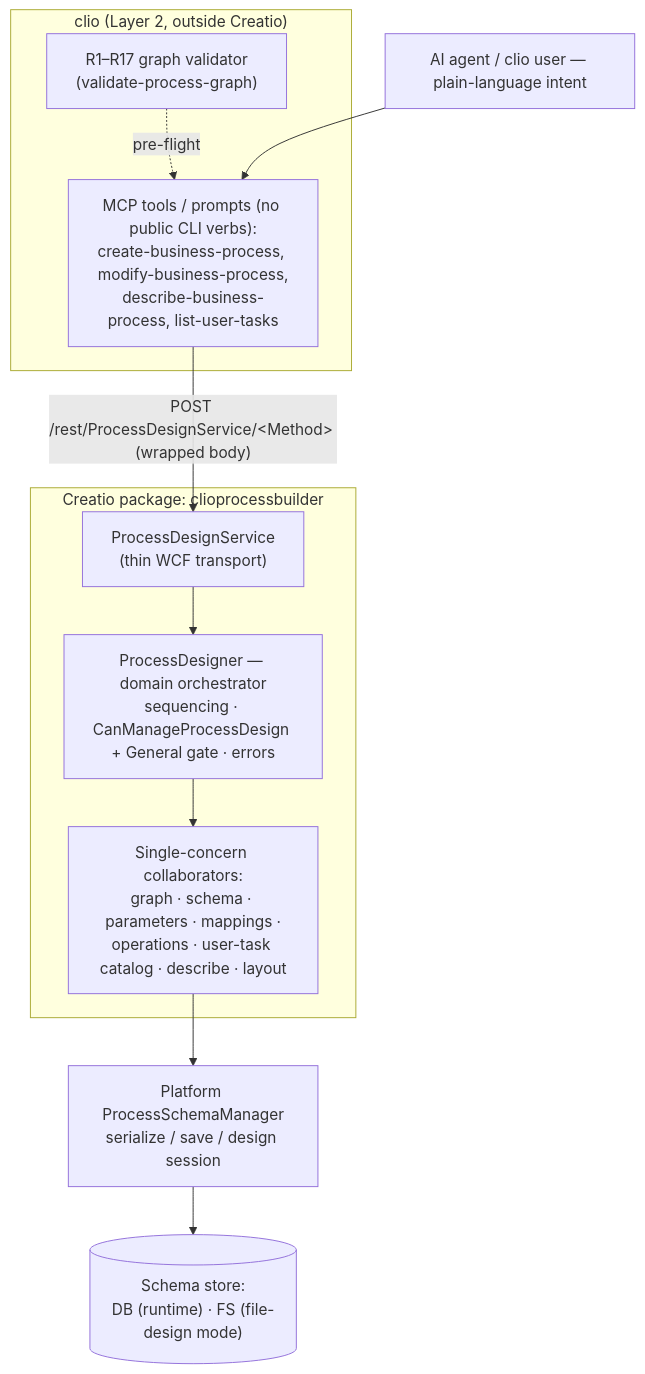
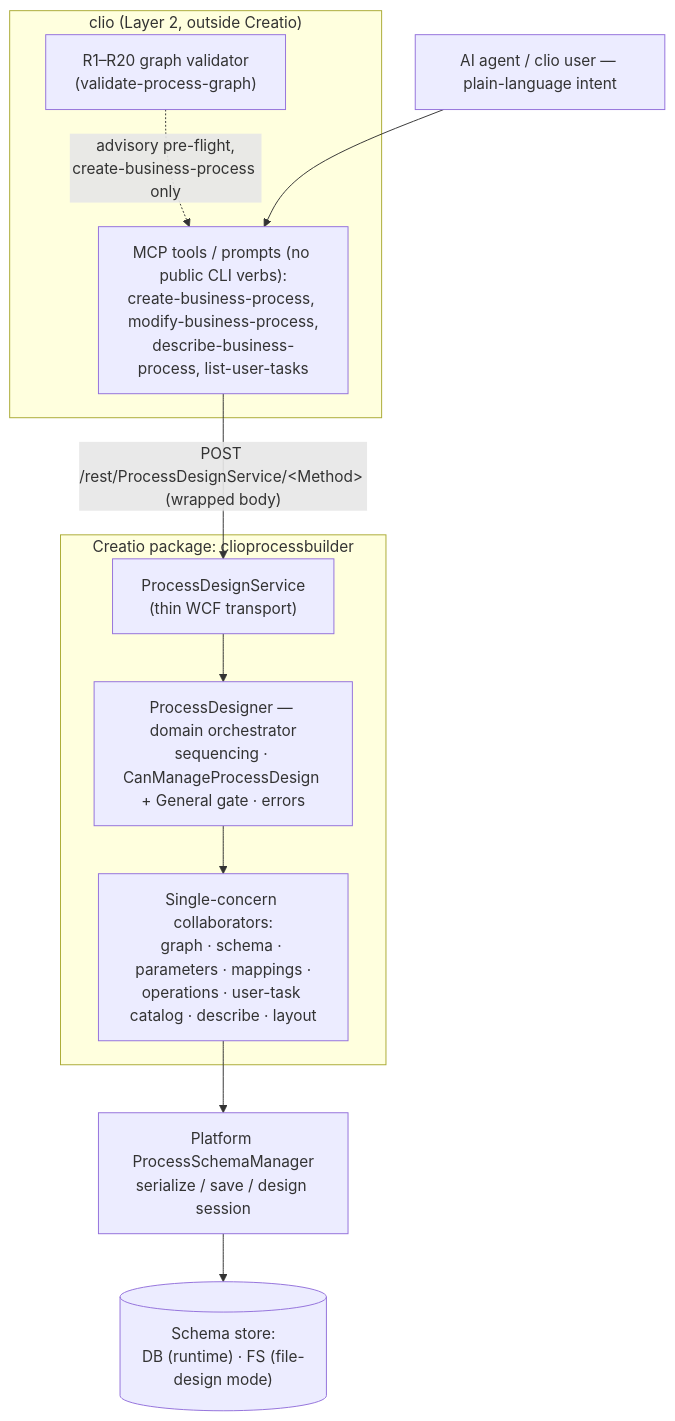
One commit to Advance-Technologies-Foundation/clio changed the diagram in spec/adr/adr-ENG-90883-backend-process-designer.md. Above: the diagram before and after it, drawn with Mermaid. The commit also changed other lines of this file and 19 other files, not shown here.

````diff
--- a/spec/adr/adr-ENG-90883-backend-process-designer.md
+++ b/spec/adr/adr-ENG-90883-backend-process-designer.md
@@ -42,24 +42,24 @@
 ```mermaid
 flowchart TB
   agent["AI agent / clio user — plain-language intent"]
 
   subgraph clio["clio (Layer 2, outside Creatio)"]
     verbs["MCP tools / prompts (no public CLI verbs):<br/>create-business-process, modify-business-process,<br/>describe-business-process, list-user-tasks"]
-    validator["R1–R17 graph validator<br/>(validate-process-graph)"]
-    validator -. "pre-flight" .-> verbs
+    validator["R1–R20 graph validator<br/>(validate-process-graph)"]
+    validator -. "advisory pre-flight,<br/>create-business-process only" .-> verbs
   end
 
   subgraph pkg["Creatio package: clioprocessbuilder"]
     svc["ProcessDesignService<br/>(thin WCF transport)"]
     orch["ProcessDesigner — domain orchestrator<br/>sequencing · CanManageProcessDesign + General gate · errors"]
     collab["Single-concern collaborators:<br/>graph · schema · parameters · mappings ·<br/>operations · user-task catalog · describe · layout"]
     svc --> orch --> collab
   end
 
   mgr["Platform ProcessSchemaManager<br/>serialize / save / design session"]
   store[("Schema store:<br/>DB (runtime) · FS (file-design mode)")]
 
   agent --> verbs
   verbs -- "POST /rest/ProcessDesignService/&lt;Method&gt; (wrapped body)" --> svc
   collab --> mgr --> store
 ```
````
